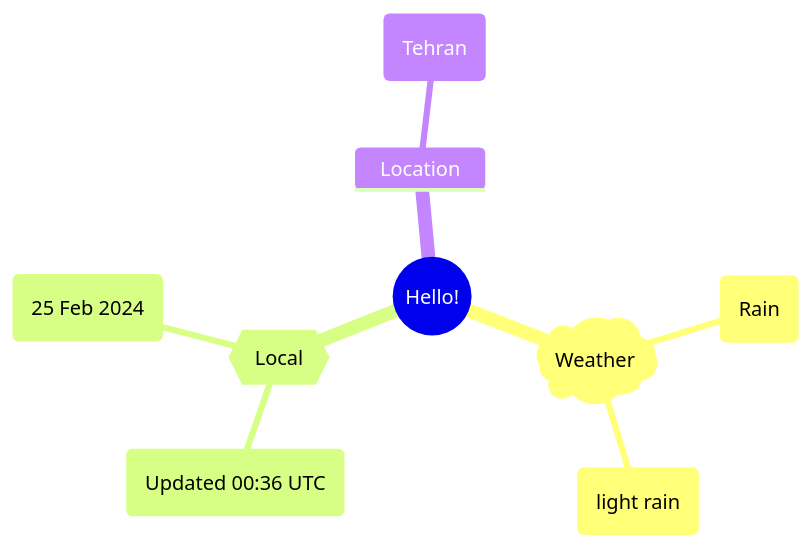
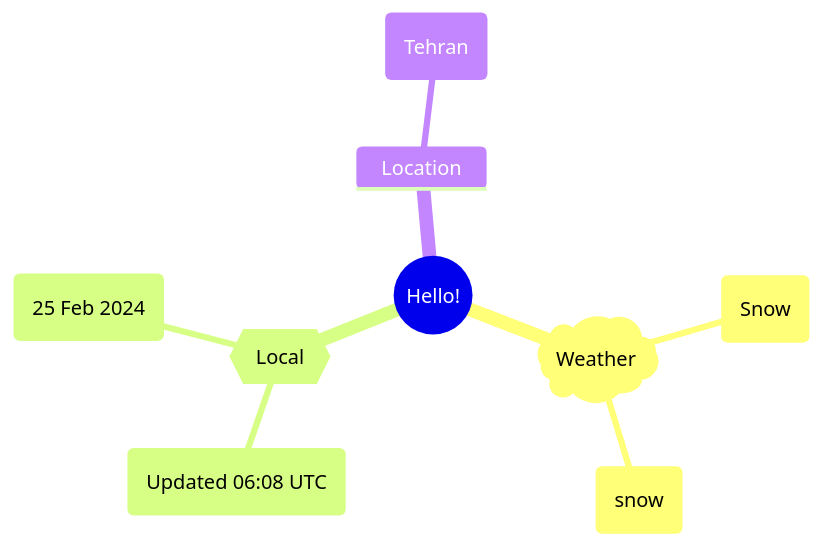
Before and after one commit to Xosrov/Xosrov: the first of 2 diagrams in README.md, drawn with Mermaid.

Commit message:
[bot] updated images

````diff
--- a/README.md
+++ b/README.md
@@ -3,12 +3,12 @@
 ```mermaid
 mindmap
   root((Hello!))
     )Weather(
-        (Rain)
-        (light rain)
+        (Snow)
+        (snow)
     {{Local}}
-        (Updated 00:36 UTC)
+        (Updated 06:08 UTC)
         (25 Feb 2024)
     Location
         (Tehran)
 ```
````
